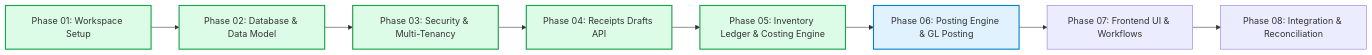
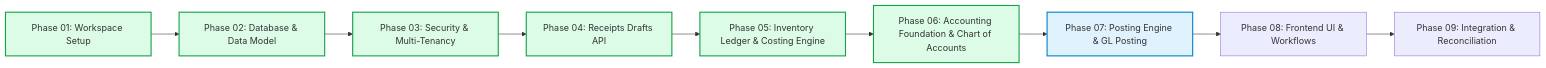
One commit to AhmedAlkasadi2003/project-erp changed the diagram in docs/IMPLEMENTATION_PLAN.md. Above: the diagram before and after it, drawn with Mermaid. The commit also changed other lines of this file and 36 other files, not shown here.

Commit message:
feat(accounting): implement chart of accounts, accounting periods, and journal validation (Phase 06)

````diff
--- a/docs/IMPLEMENTATION_PLAN.md
+++ b/docs/IMPLEMENTATION_PLAN.md
@@ -9,17 +9,19 @@
 ```mermaid
 flowchart LR
   P1[Phase 01: Workspace Setup] --> P2[Phase 02: Database & Data Model]
   P2 --> P3[Phase 03: Security & Multi-Tenancy]
   P3 --> P4[Phase 04: Receipts Drafts API]
   P4 --> P5[Phase 05: Inventory Ledger & Costing Engine]
-  P5 --> P6[Phase 06: Posting Engine & GL Posting]
-  P6 --> P7[Phase 07: Frontend UI & Workflows]
-  P7 --> P8[Phase 08: Integration & Reconciliation]
+  P5 --> P6[Phase 06: Accounting Foundation & Chart of Accounts]
+  P6 --> P7[Phase 07: Posting Engine & GL Posting]
+  P7 --> P8[Phase 08: Frontend UI & Workflows]
+  P8 --> P9[Phase 09: Integration & Reconciliation]
 
   style P1 fill:#dcfce7,stroke:#16a34a,stroke-width:2px
   style P2 fill:#dcfce7,stroke:#16a34a,stroke-width:2px
   style P3 fill:#dcfce7,stroke:#16a34a,stroke-width:2px
   style P4 fill:#dcfce7,stroke:#16a34a,stroke-width:2px
   style P5 fill:#dcfce7,stroke:#16a34a,stroke-width:2px
-  style P6 fill:#e0f2fe,stroke:#0284c7,stroke-width:2px
+  style P6 fill:#dcfce7,stroke:#16a34a,stroke-width:2px
+  style P7 fill:#e0f2fe,stroke:#0284c7,stroke-width:2px
 ```
````
